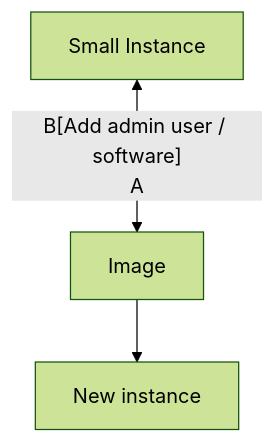
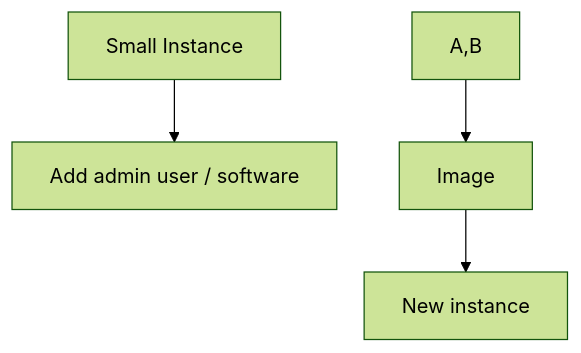
The diagram in getting-started.md (AntibodyEngineers/2024-Antibodies-and-AI), drawn with Mermaid (forest theme) before and after one commit.

````diff
--- a/getting-started.md
+++ b/getting-started.md
@@ -7,7 +7,7 @@
 ```mermaid
     flowchart TD
     
-    A[Small Instance] <-- B[Add admin user / software]
-    A-->C[Image] --> D[New instance]
+    A[Small Instance] --> B[Add admin user / software]
+    A,B-->C[Image] --> D[New instance]
 
 ```
````
